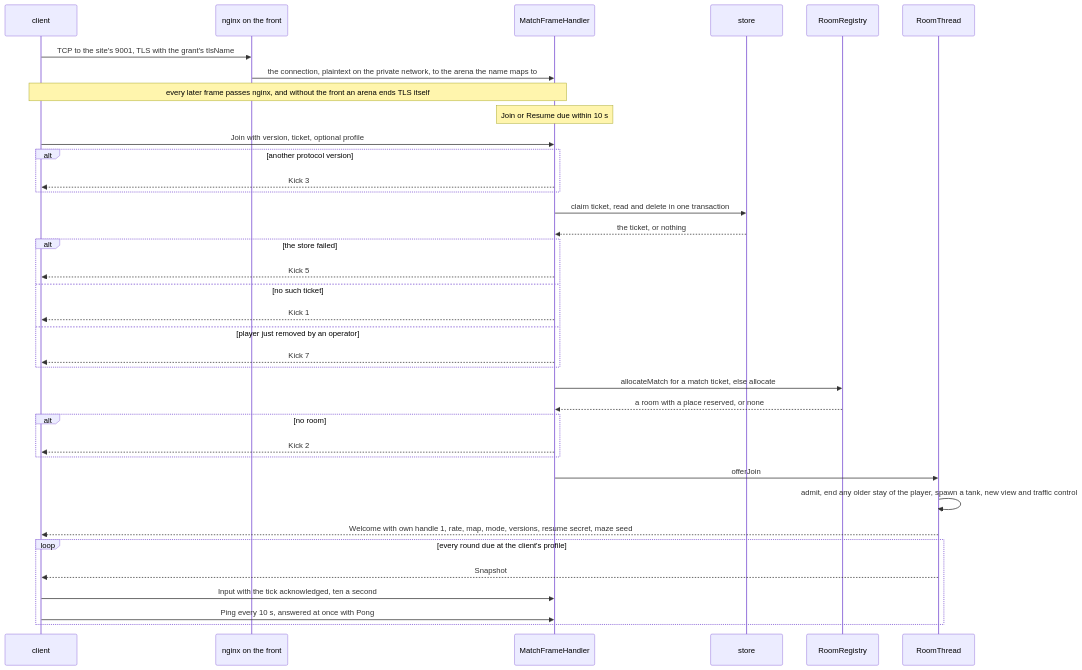
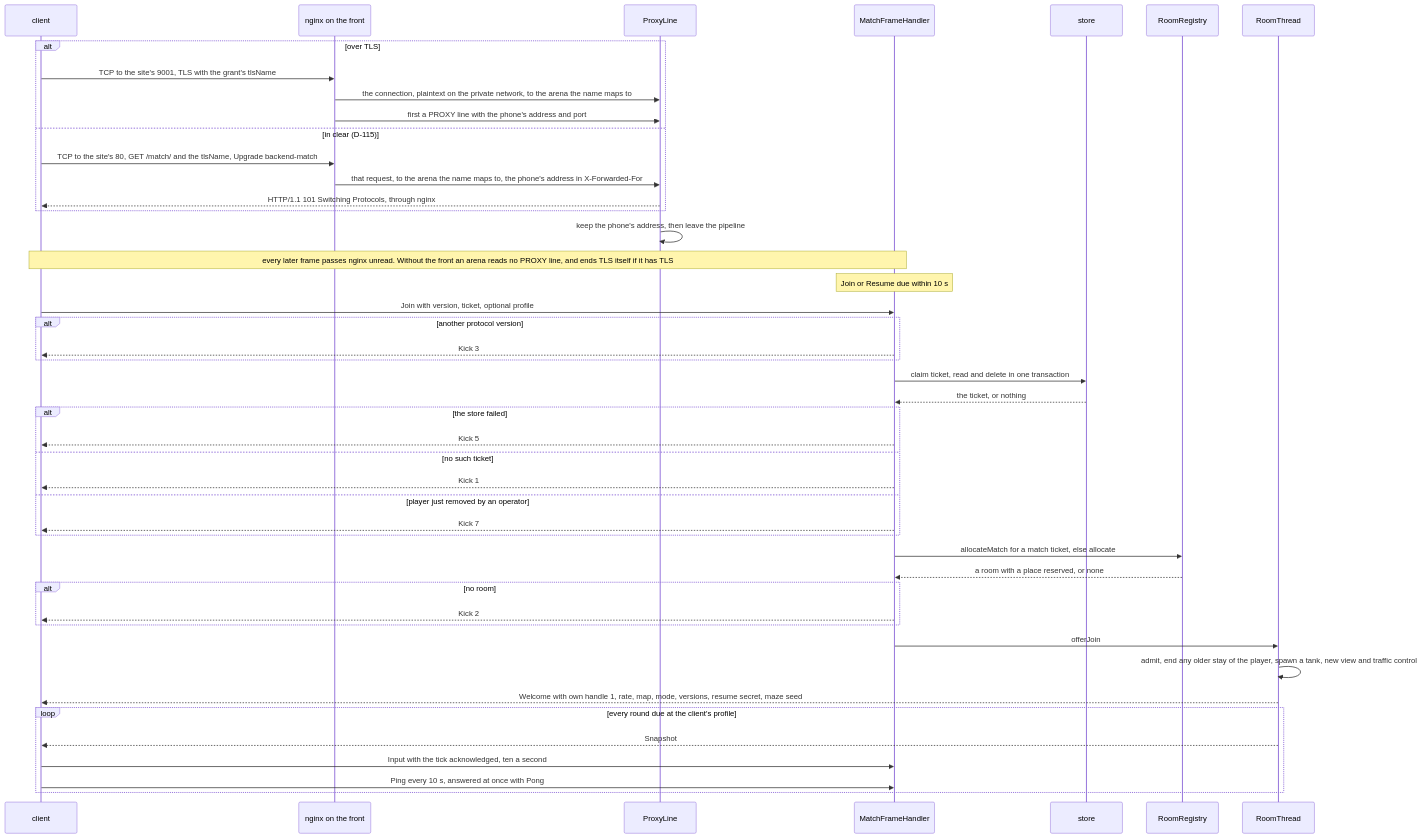
The third of 8 diagrams in docs/diagrams/02-arena-and-wire.md (greensoft-atom/depio-simulation-platform), drawn with Mermaid before and after one commit. The commit also changed other lines of this file and 121 other files, not shown here.

````diff
--- a/docs/diagrams/02-arena-and-wire.md
+++ b/docs/diagrams/02-arena-and-wire.md
@@ -80,39 +99,48 @@
 ```mermaid
 sequenceDiagram
     participant C as client
     participant N as nginx on the front
+    participant X as ProxyLine
     participant H as MatchFrameHandler
     participant S as store
     participant G as RoomRegistry
     participant R as RoomThread
-    C->>N: TCP to the site's 9001, TLS with the grant's tlsName
-    N->>H: the connection, plaintext on the private network, to the arena the name maps to
-    Note over C,H: every later frame passes nginx, and without the front an arena ends TLS itself
+    alt over TLS
+        C->>N: TCP to the site's 9001, TLS with the grant's tlsName
+        N->>X: the connection, plaintext on the private network, to the arena the name maps to
+        N->>X: first a PROXY line with the phone's address and port
+    else in clear (D-115)
+        C->>N: TCP to the site's 80, GET /match/ and the tlsName, Upgrade backend-match
+        N->>X: that request, to the arena the name maps to, the phone's address in X-Forwarded-For
+        X-->>C: HTTP/1.1 101 Switching Protocols, through nginx
+    end
+    X->>X: keep the phone's address, then leave the pipeline
+    Note over C,H: every later frame passes nginx unread. Without the front an arena reads no PROXY line, and ends TLS itself if it has TLS
     Note over H: Join or Resume due within 10 s
     C->>H: Join with version, ticket, optional profile
     alt another protocol version
         H-->>C: Kick 3
     end
     H->>S: claim ticket, read and delete in one transaction
     S-->>H: the ticket, or nothing
     alt the store failed
         H-->>C: Kick 5
     else no such ticket
         H-->>C: Kick 1
     else player just removed by an operator
         H-->>C: Kick 7
     end
     H->>G: allocateMatch for a match ticket, else allocate
     G-->>H: a room with a place reserved, or none
     alt no room
         H-->>C: Kick 2
     end
     H->>R: offerJoin
     R->>R: admit, end any older stay of the player, spawn a tank, new view and traffic control
     R-->>C: Welcome with own handle 1, rate, map, mode, versions, resume secret, maze seed
     loop every round due at the client's profile
         R-->>C: Snapshot
         C->>H: Input with the tick acknowledged, ten a second
         C->>H: Ping every 10 s, answered at once with Pong
     end
 ```
````
